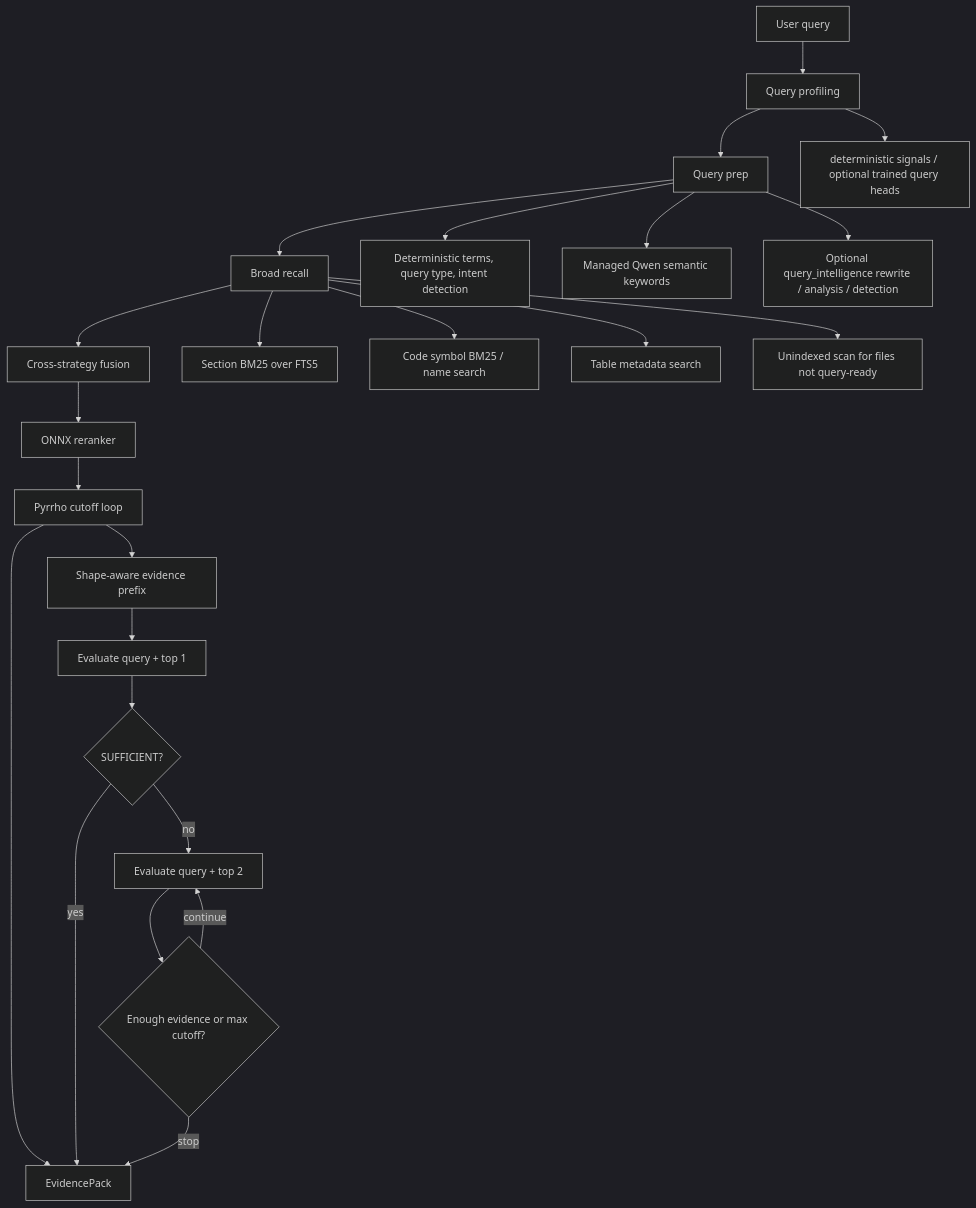
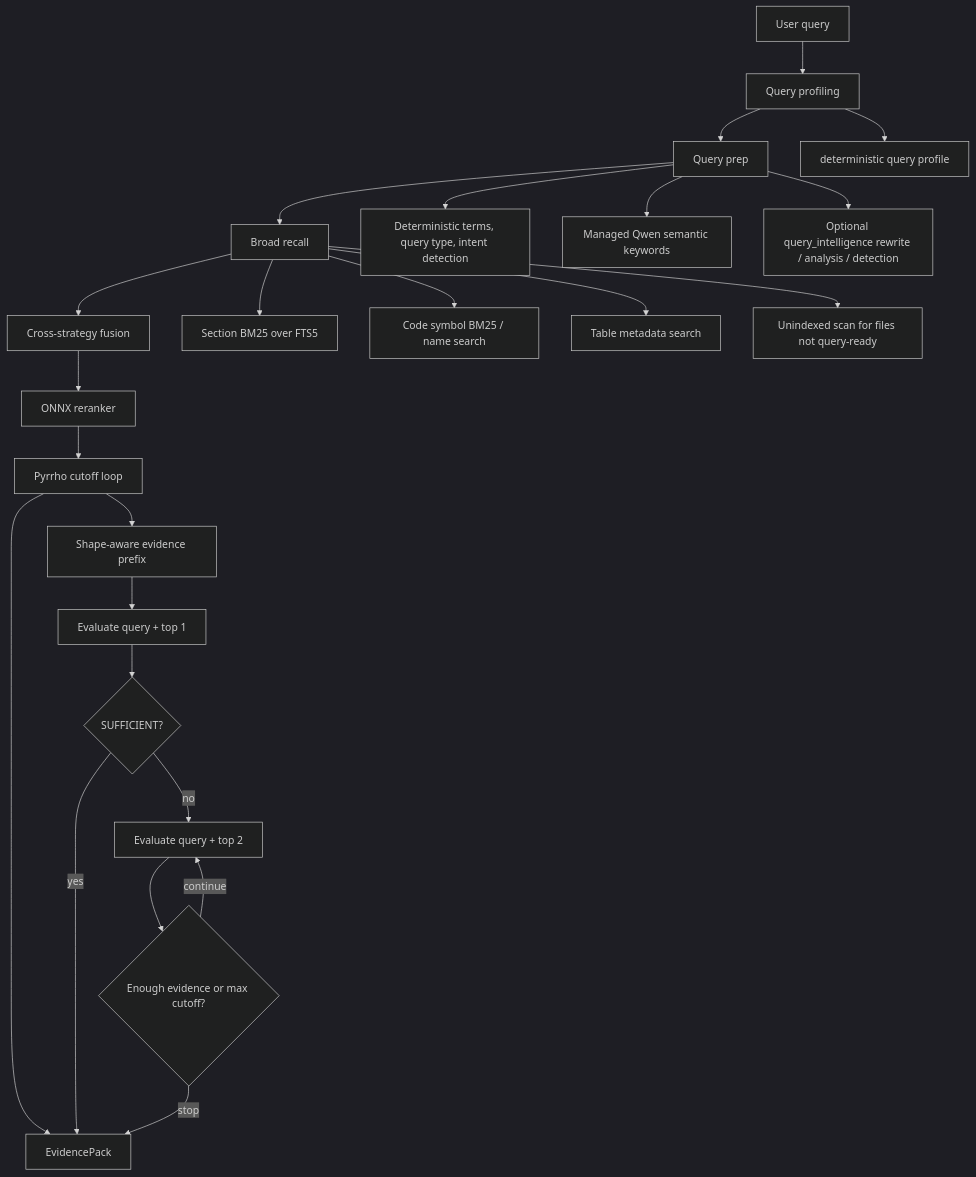
One commit to yafitzdev/fitz changed the second of 4 diagrams in docs/RETRIEVAL_PIPELINE.md. Above: the diagram before and after it, drawn with Mermaid (dark theme). The commit also changed other lines of this file and 8 other files, not shown here.

````diff
--- a/docs/RETRIEVAL_PIPELINE.md
+++ b/docs/RETRIEVAL_PIPELINE.md
@@ -66,30 +66,30 @@
 ```mermaid
 flowchart TD
     Q["User query"] --> C["Query profiling"]
     C --> P["Query prep"]
     P --> R["Broad recall"]
     R --> X["Cross-strategy fusion"]
     X --> K["ONNX reranker"]
     K --> G["Pyrrho cutoff loop"]
     G --> E["EvidencePack"]
 
-    C --> C1["deterministic signals / optional trained query heads"]
+    C --> C1["deterministic query profile"]
 
     P --> P1["Deterministic terms, query type, intent detection"]
     P --> P2["Managed Qwen semantic keywords"]
     P --> P3["Optional query_intelligence rewrite / analysis / detection"]
 
     R --> R1["Section BM25 over FTS5"]
     R --> R2["Code symbol BM25 / name search"]
     R --> R3["Table metadata search"]
     R --> R4["Unindexed scan for files not query-ready"]
 
     G --> G1["Shape-aware evidence prefix"]
     G1 --> G2["Evaluate query + top 1"]
     G2 --> G3{"SUFFICIENT?"}
     G3 -->|"yes"| E
     G3 -->|"no"| G4["Evaluate query + top 2"]
     G4 --> G5{"Enough evidence or max cutoff?"}
     G5 -->|"continue"| G4
     G5 -->|"stop"| E
 ```
````
